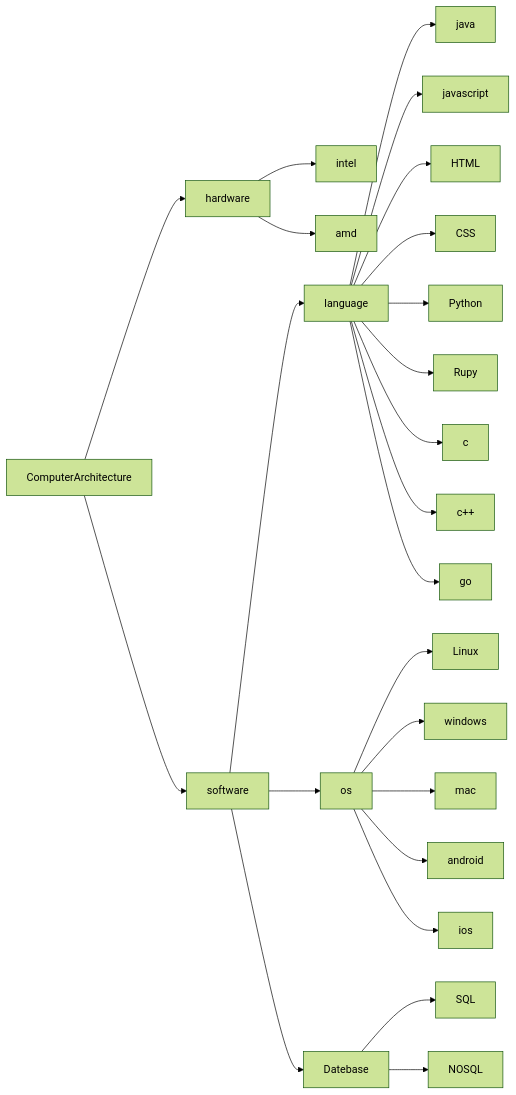
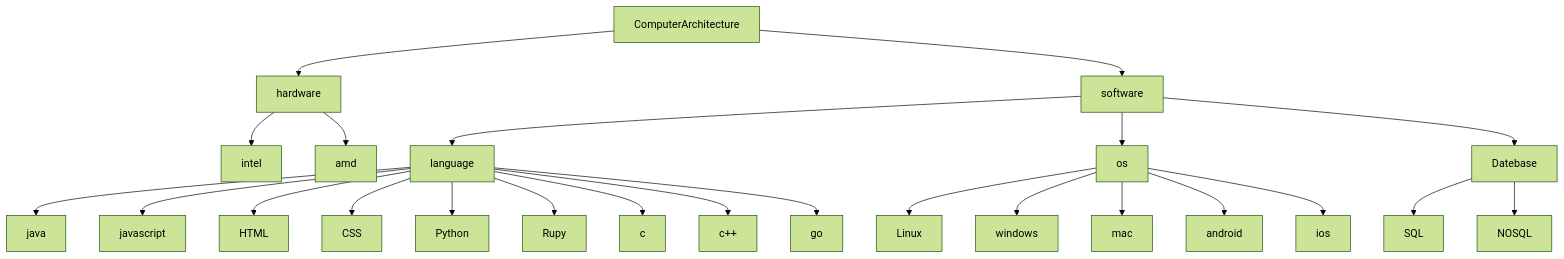
The diagram in computer1.md (qmarsun/computer), drawn with Mermaid (forest theme) before and after one commit.

````diff
--- a/computer1.md
+++ b/computer1.md
@@ -1,32 +1,32 @@
 ```mermaid
-graph LR;
+graph TD;
     ComputerArchitecture-->hardware;
     ComputerArchitecture-->software;
     hardware-->intel
     hardware-->amd
 
     software-->language;
     software-->os;
     software-->Datebase;
     Datebase-->SQL
     Datebase-->NOSQL
     
     language-->java
     language-->javascript
     language-->HTML
     language-->CSS
     language-->Python
     language-->Rupy
 
     language-->c
     language-->c++
     language-->go
    
     os-->Linux
     os-->windows
 
     os-->mac
     os-->android
     os-->ios
 
 ``` 
````
